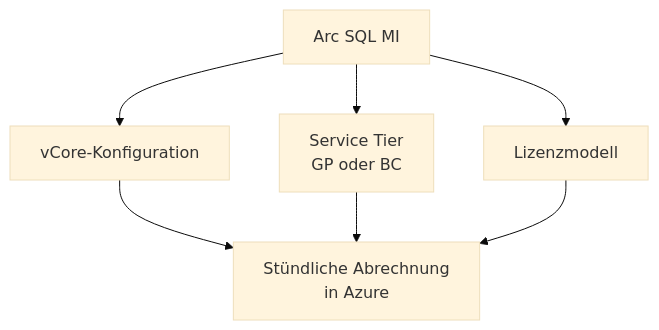
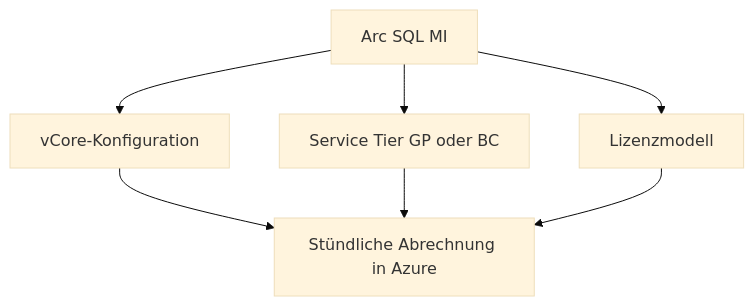
One commit to SoniiiT/notes-n-docs changed the sixth of 7 diagrams in Microsoft 365/Azure/Arc/Arc-enabled Data Services.md. Above: the diagram before and after it, drawn with Mermaid (base theme). The commit also changed other lines of this file and 124 other files, not shown here.

First line of the commit message:
fix: Entferne \n aus allen Mermaid-Diagrammen (125 Dateien)

````diff
--- a/Microsoft 365/Azure/Arc/Arc-enabled Data Services.md
+++ b/Microsoft 365/Azure/Arc/Arc-enabled Data Services.md
@@ -329,15 +329,15 @@
 ```mermaid
 graph TD
     SQLMI[Arc SQL MI]
     VCORES[vCore-Konfiguration]
-    TIER[Service Tier\nGP oder BC]
+    TIER[Service Tier GP oder BC]
     LICENSE[Lizenzmodell]
-    BILLING[Stündliche Abrechnung\nin Azure]
+    BILLING[Stündliche Abrechnung in Azure]
 
     SQLMI --> VCORES
     SQLMI --> TIER
     SQLMI --> LICENSE
     VCORES --> BILLING
     TIER --> BILLING
     LICENSE --> BILLING
 ```
````
